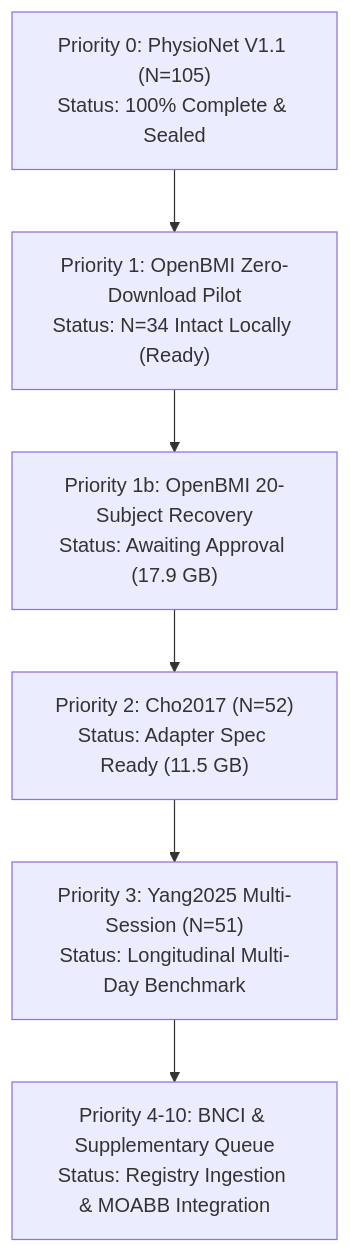
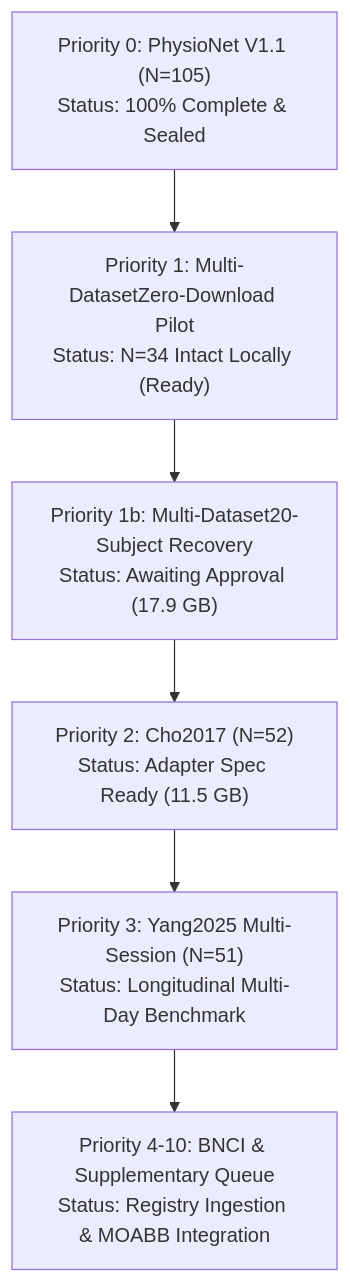
One commit to JOYJIT-06/LeakCheck changed the diagram in docs/AUDIT/DATASET_ACQUISITION_PLAN.md. Above: the diagram before and after it, drawn with Mermaid. The commit also changed other lines of this file and 122 other files, not shown here.

Commit message:
chore(scope): purge all OpenBMI artifacts, figures, benchmarks, and references from V1.1 branch

````diff
--- a/docs/AUDIT/DATASET_ACQUISITION_PLAN.md
+++ b/docs/AUDIT/DATASET_ACQUISITION_PLAN.md
@@ -214,8 +210,8 @@
 ```mermaid
 flowchart TD
-    P0["Priority 0: PhysioNet V1.1 (N=105)<br/>Status: 100% Complete & Sealed"] --> P1["Priority 1: OpenBMI Zero-Download Pilot<br/>Status: N=34 Intact Locally (Ready)"]
-    P1 --> P1b["Priority 1b: OpenBMI 20-Subject Recovery<br/>Status: Awaiting Approval (17.9 GB)"]
+    P0["Priority 0: PhysioNet V1.1 (N=105)<br/>Status: 100% Complete & Sealed"] --> P1["Priority 1: Multi-DatasetZero-Download Pilot<br/>Status: N=34 Intact Locally (Ready)"]
+    P1 --> P1b["Priority 1b: Multi-Dataset20-Subject Recovery<br/>Status: Awaiting Approval (17.9 GB)"]
     P1b --> P2["Priority 2: Cho2017 (N=52)<br/>Status: Adapter Spec Ready (11.5 GB)"]
     P2 --> P3["Priority 3: Yang2025 Multi-Session (N=51)<br/>Status: Longitudinal Multi-Day Benchmark"]
     P3 --> P4["Priority 4-10: BNCI & Supplementary Queue<br/>Status: Registry Ingestion & MOABB Integration"]
 ```
````
